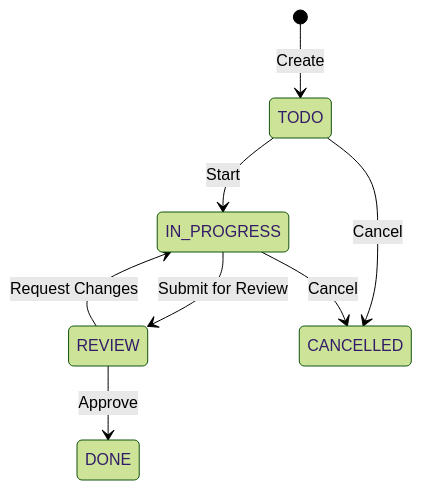
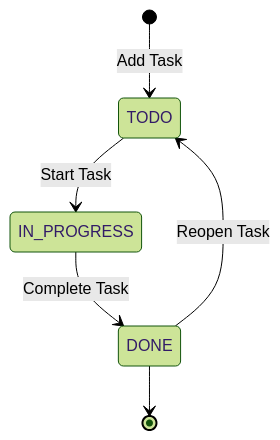
Before and after one commit to tenarm/docs: the second of 2 diagrams in user-guides/modules/projects.md, drawn with Mermaid (forest theme). The commit also changed other lines of this file and 42 other files, not shown here.

````diff
--- a/user-guides/modules/projects.md
+++ b/user-guides/modules/projects.md
@@ -19,10 +136,8 @@
 ```mermaid
 stateDiagram-v2
-    [*] --> TODO : Create
-    TODO --> IN_PROGRESS : Start
-    IN_PROGRESS --> REVIEW : Submit for Review
-    REVIEW --> DONE : Approve
-    REVIEW --> IN_PROGRESS : Request Changes
-    TODO --> CANCELLED : Cancel
-    IN_PROGRESS --> CANCELLED : Cancel
+    [*] --> TODO : Add Task
+    TODO --> IN_PROGRESS : Start Task
+    IN_PROGRESS --> DONE : Complete Task
+    DONE --> TODO : Reopen Task
+    DONE --> [*]
 ```
````
